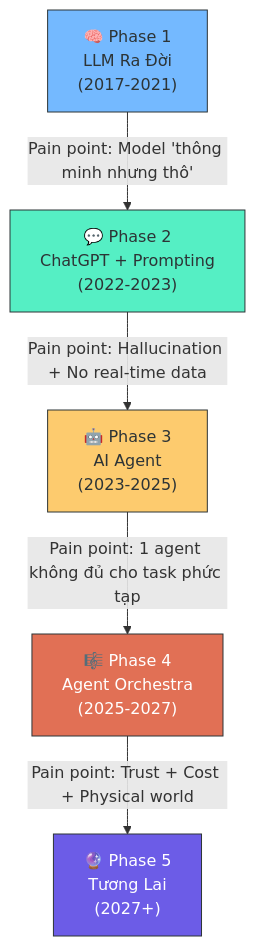
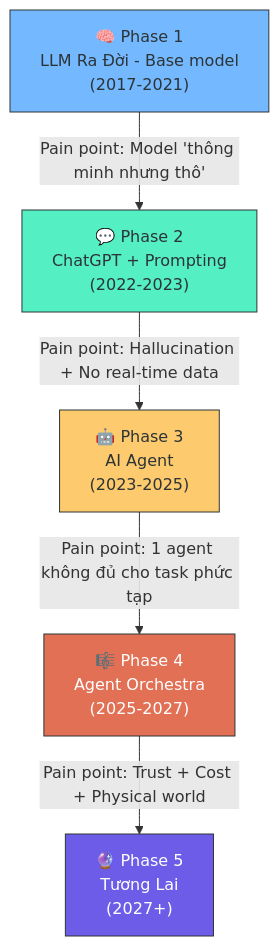
One commit to vuanhtu1993/vuanhtu1993.github.io changed the first of 7 diagrams in blog/2026/04/2026-04-21-ai-tech-evolution.mdx. Above: the diagram before and after it, drawn with Mermaid. The commit also changed other lines of this file and 22 other files, not shown here.

````diff
--- a/blog/2026/04/2026-04-21-ai-tech-evolution.mdx
+++ b/blog/2026/04/2026-04-21-ai-tech-evolution.mdx
@@ -45,19 +45,19 @@
 ```mermaid
 flowchart TD
-    A["🧠 Phase 1<br>LLM Ra Đời<br>(2017-2021)"]
+    A["🧠 Phase 1<br>LLM Ra Đời - Base model<br>(2017-2021)"]
     B["💬 Phase 2<br>ChatGPT + Prompting<br>(2022-2023)"]
     C["🤖 Phase 3<br>AI Agent<br>(2023-2025)"]
     D["🎼 Phase 4<br>Agent Orchestra<br>(2025-2027)"]
     E["🔮 Phase 5<br>Tương Lai<br>(2027+)"]
 
     A -->|"Pain point: Model 'thông minh nhưng thô'"| B
     B -->|"Pain point: Hallucination + No real-time data"| C
     C -->|"Pain point: 1 agent không đủ cho task phức tạp"| D
     D -->|"Pain point: Trust + Cost + Physical world"| E
 
     style A fill:#74b9ff,stroke:#2d3436,color:#2d3436
     style B fill:#55efc4,stroke:#2d3436,color:#2d3436
     style C fill:#fdcb6e,stroke:#2d3436,color:#2d3436
     style D fill:#e17055,stroke:#2d3436,color:#fff
     style E fill:#6c5ce7,stroke:#2d3436,color:#fff
 ```
````
